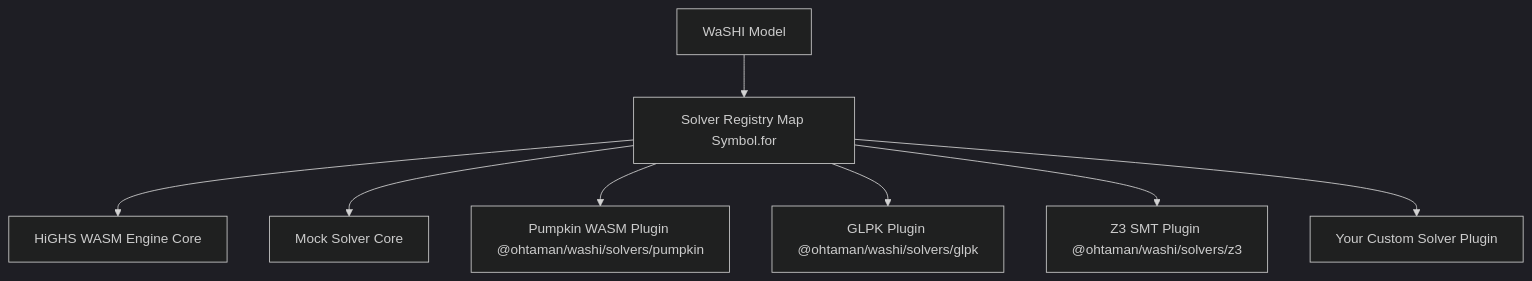
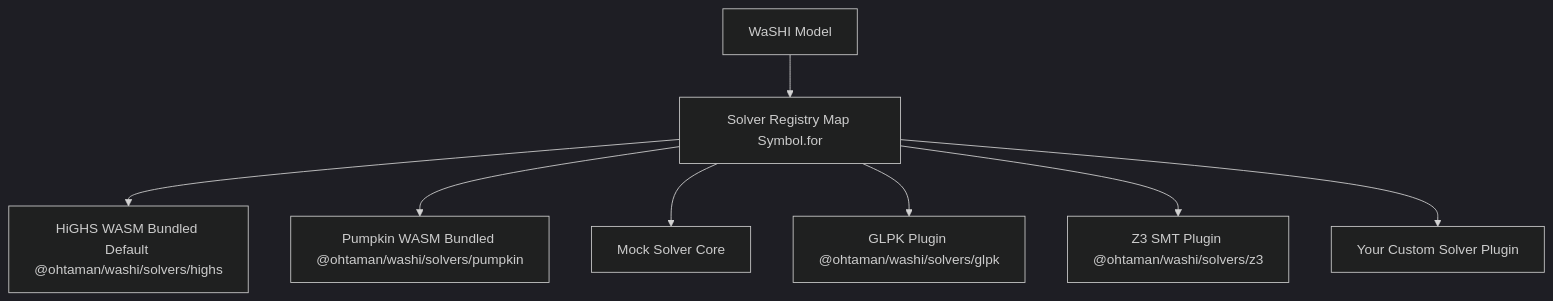
Before and after one commit to ohtaman/washi: the diagram in docs/solvers/custom-solver.md, drawn with Mermaid (dark theme). The commit also changed other lines of this file and 130 other files, not shown here.

Commit message:
refactor(solvers): unify bundled HiGHS and Pumpkin layout and auto-registration (#413)

````diff
--- a/docs/solvers/custom-solver.md
+++ b/docs/solvers/custom-solver.md
@@ -11,10 +11,10 @@
 ```mermaid
 graph TD
     A[WaSHI Model] --> B[Solver Registry Map Symbol.for]
-    B --> C[HiGHS WASM Engine Core]
+    B --> C[HiGHS WASM Bundled Default @ohtaman/washi/solvers/highs]
+    B --> H[Pumpkin WASM Bundled @ohtaman/washi/solvers/pumpkin]
     B --> D[Mock Solver Core]
-    B --> H[Pumpkin WASM Plugin @ohtaman/washi/solvers/pumpkin]
     B --> E[GLPK Plugin @ohtaman/washi/solvers/glpk]
     B --> F[Z3 SMT Plugin @ohtaman/washi/solvers/z3]
     B --> G[Your Custom Solver Plugin]
 ```
````
